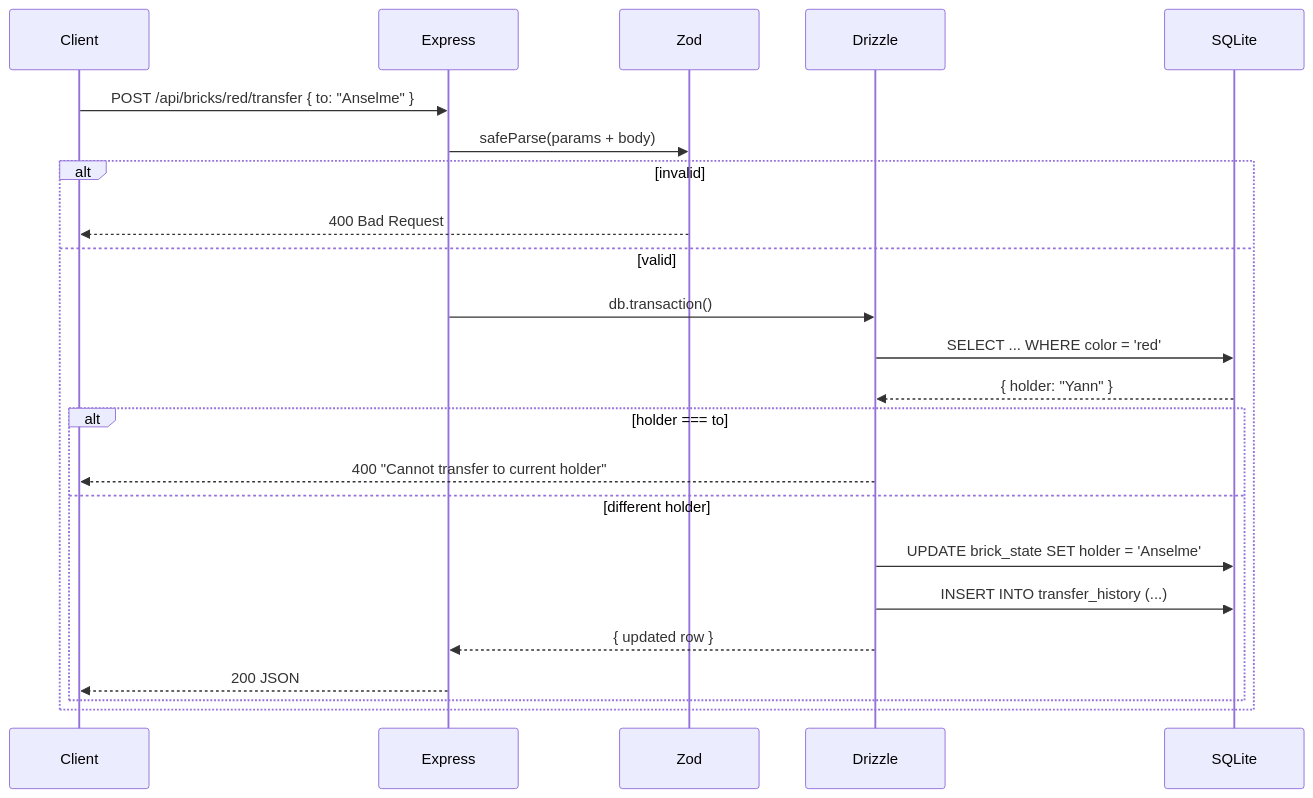
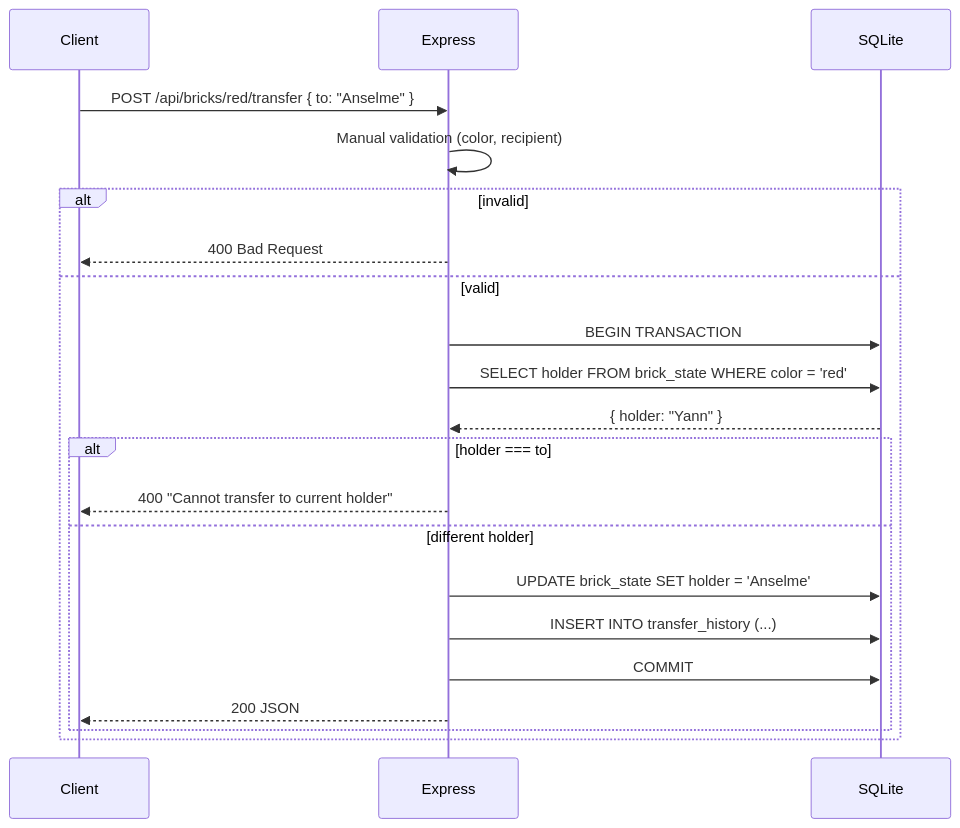
One commit to nyancol/Brick-Master-Tracker changed the fifth of 5 diagrams in README.md. Above: the diagram before and after it, drawn with Mermaid. The commit also changed other lines of this file and 75 other files, not shown here.

````diff
--- a/README.md
+++ b/README.md
@@ -216,26 +156,24 @@
 ```mermaid
 sequenceDiagram
     participant Client
     participant Express
-    participant Zod
-    participant Drizzle
     participant SQLite
 
     Client->>Express: POST /api/bricks/red/transfer { to: "Anselme" }
-    Express->>Zod: safeParse(params + body)
+    Express->>Express: Manual validation (color, recipient)
     alt invalid
-        Zod-->>Client: 400 Bad Request
+        Express-->>Client: 400 Bad Request
     else valid
-        Express->>Drizzle: db.transaction()
-        Drizzle->>SQLite: SELECT ... WHERE color = 'red'
-        SQLite-->>Drizzle: { holder: "Yann" }
+        Express->>SQLite: BEGIN TRANSACTION
+        Express->>SQLite: SELECT holder FROM brick_state WHERE color = 'red'
+        SQLite-->>Express: { holder: "Yann" }
         alt holder === to
-            Drizzle-->>Client: 400 "Cannot transfer to current holder"
+            Express-->>Client: 400 "Cannot transfer to current holder"
         else different holder
-            Drizzle->>SQLite: UPDATE brick_state SET holder = 'Anselme'
-            Drizzle->>SQLite: INSERT INTO transfer_history (...)
-            Drizzle-->>Express: { updated row }
+            Express->>SQLite: UPDATE brick_state SET holder = 'Anselme'
+            Express->>SQLite: INSERT INTO transfer_history (...)
+            Express->>SQLite: COMMIT
             Express-->>Client: 200 JSON
         end
     end
 ```
````
